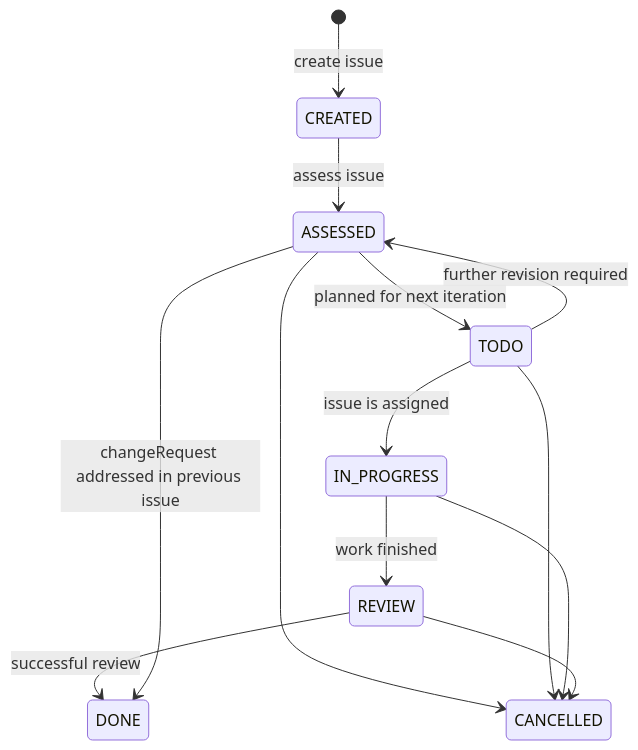
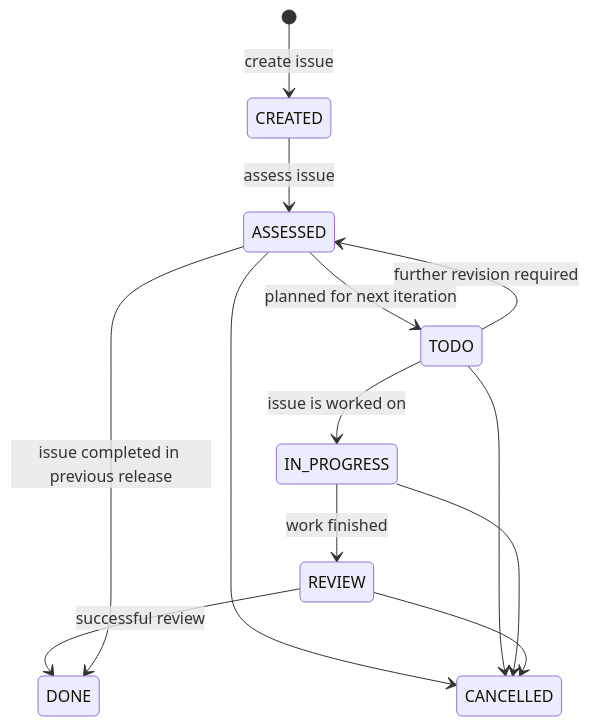
The diagram in finite-state-diagram.md (ebarylko/cmpt-276), drawn with Mermaid before and after one commit. The commit also changed other lines of this file, not shown here.

Commit message:
Fixed finite state diagram

````diff
--- a/finite-state-diagram.md
+++ b/finite-state-diagram.md
@@ -1,17 +1,17 @@
 ```mermaid
 stateDiagram-v2
     [*] --> CREATED: create issue
     CREATED --> ASSESSED: assess issue
     ASSESSED --> TODO: planned for next iteration
-     TODO --> IN_PROGRESS: issue is assigned
+     TODO --> IN_PROGRESS: issue is worked on
      IN_PROGRESS --> REVIEW: work finished
      REVIEW --> DONE: successful review
      
      ASSESSED --> CANCELLED
     TODO --> CANCELLED
     IN_PROGRESS --> CANCELLED
     REVIEW --> CANCELLED
     TODO --> ASSESSED: further revision required
 
-    ASSESSED --> DONE: changeRequest addressed in previous issue
+    ASSESSED --> DONE: issue completed in previous release
 ```
````
